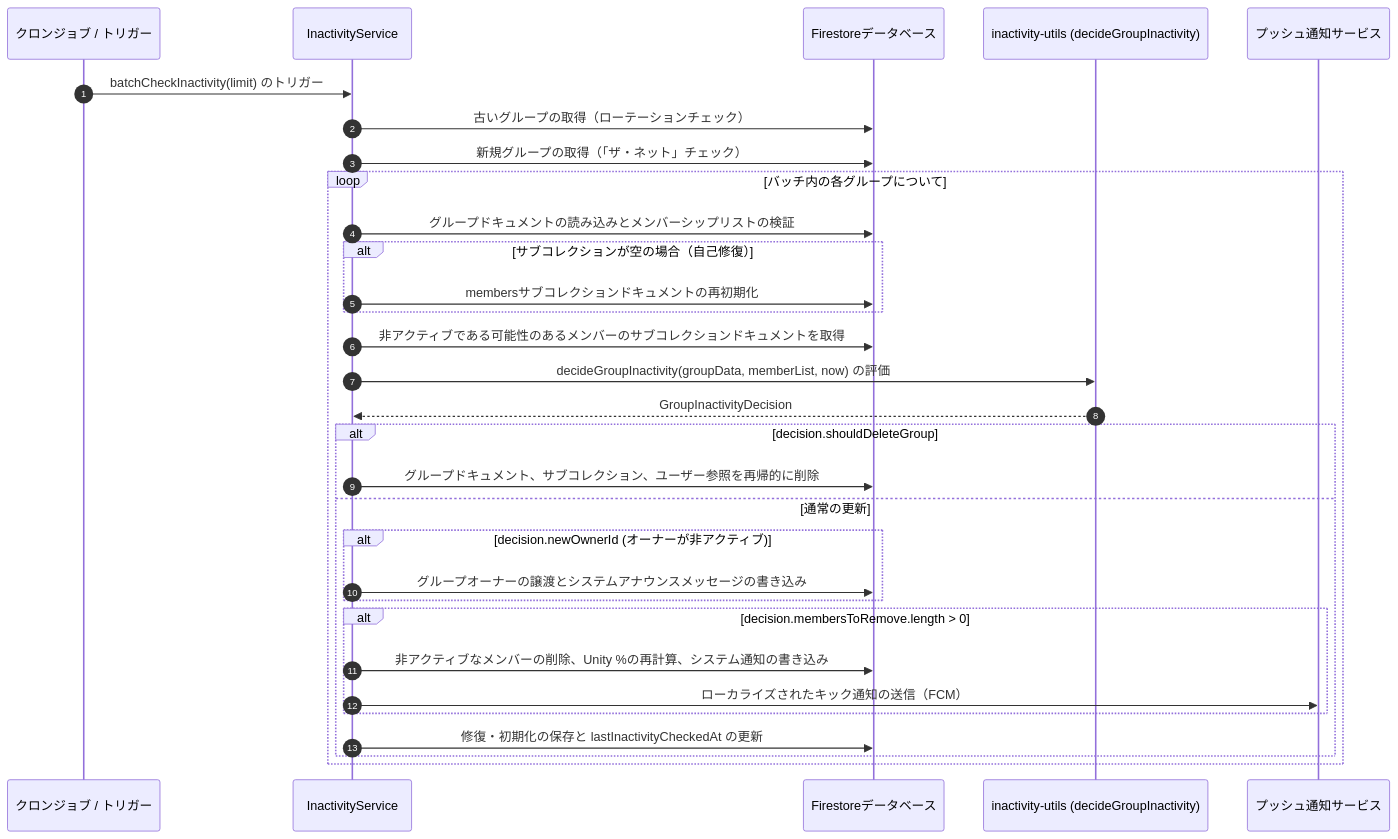
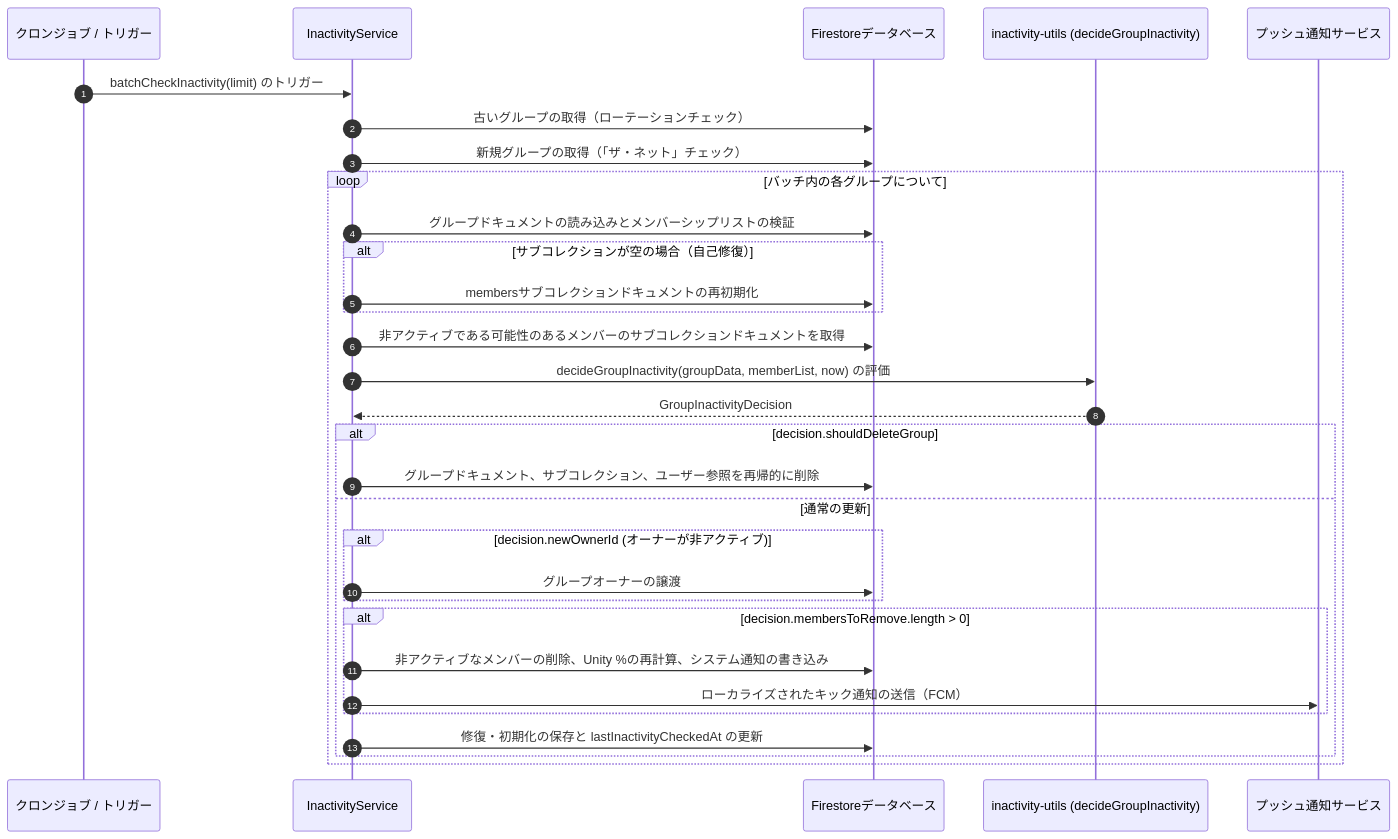
The diagram in docs/ja/inactivity-and-autokick.md (ScriptureHabit/scripture-habit), drawn with Mermaid before and after one commit. The commit also changed other lines of this file and 1 other file, not shown here.

Commit message:
update documents

````diff
--- a/docs/ja/inactivity-and-autokick.md
+++ b/docs/ja/inactivity-and-autokick.md
@@ -13,35 +13,35 @@
 ```mermaid
 sequenceDiagram
     autonumber
     participant Cron as クロンジョブ / トリガー
     participant Service as InactivityService
     participant DB as Firestoreデータベース
     participant Utils as inactivity-utils (decideGroupInactivity)
     participant FCM as プッシュ通知サービス
 
     Cron->>Service: batchCheckInactivity(limit) のトリガー
     Service->>DB: 古いグループの取得（ローテーションチェック）
     Service->>DB: 新規グループの取得（「ザ・ネット」チェック）
     loop バッチ内の各グループについて
         Service->>DB: グループドキュメントの読み込みとメンバーシップリストの検証
         alt サブコレクションが空の場合（自己修復）
             Service->>DB: membersサブコレクションドキュメントの再初期化
         end
         Service->>DB: 非アクティブである可能性のあるメンバーのサブコレクションドキュメントを取得
         Service->>Utils: decideGroupInactivity(groupData, memberList, now) の評価
         Utils-->>Service: GroupInactivityDecision
         
         alt decision.shouldDeleteGroup
             Service->>DB: グループドキュメント、サブコレクション、ユーザー参照を再帰的に削除
         else 通常の更新
             alt decision.newOwnerId (オーナーが非アクティブ)
-                Service->>DB: グループオーナーの譲渡とシステムアナウンスメッセージの書き込み
+                Service->>DB: グループオーナーの譲渡
             end
             alt decision.membersToRemove.length > 0
                 Service->>DB: 非アクティブなメンバーの削除、Unity %の再計算、システム通知の書き込み
                 Service->>FCM: ローカライズされたキック通知の送信（FCM）
             end
             Service->>DB: 修復・初期化の保存と lastInactivityCheckedAt の更新
         end
     end
 ```
````
